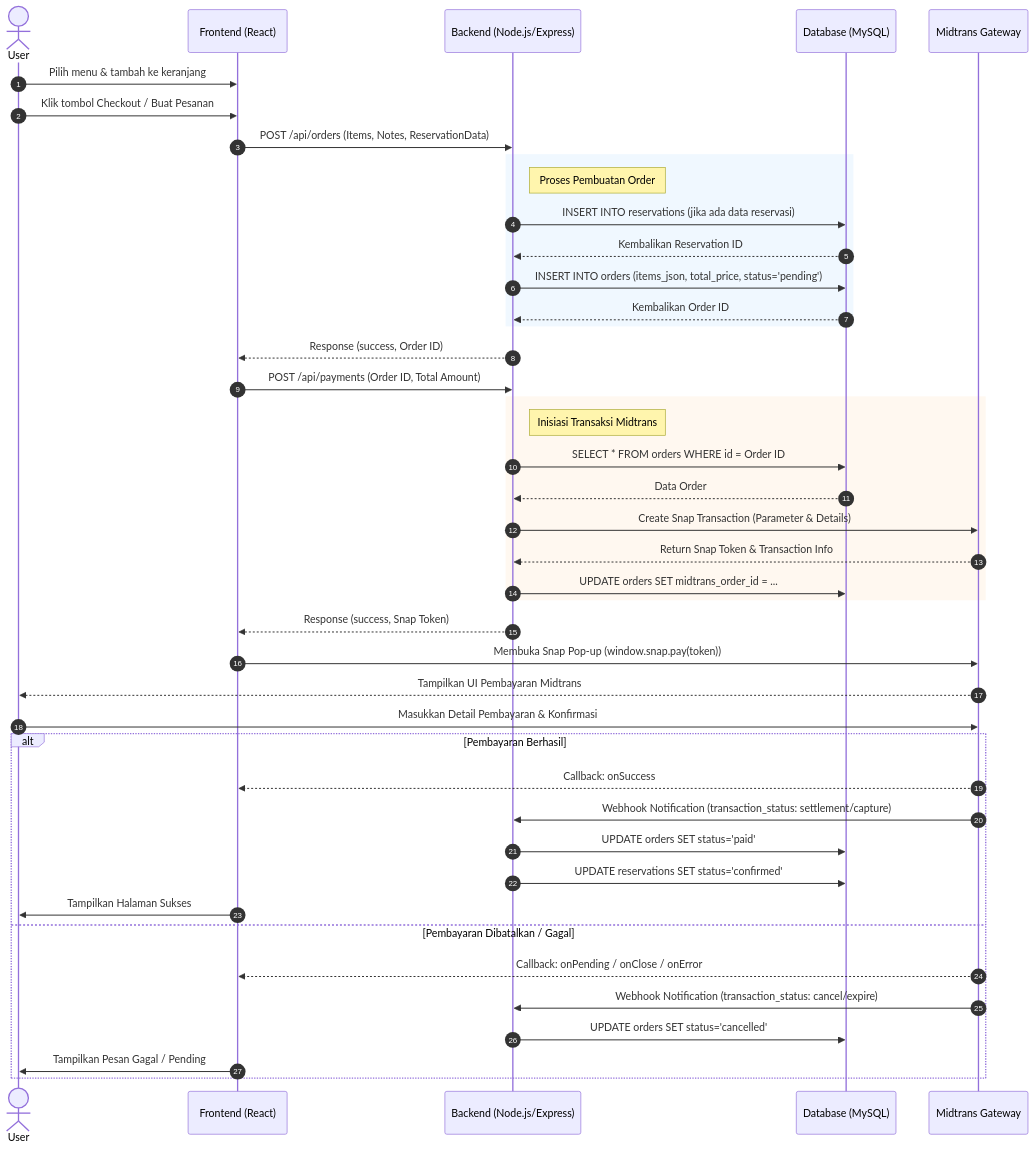
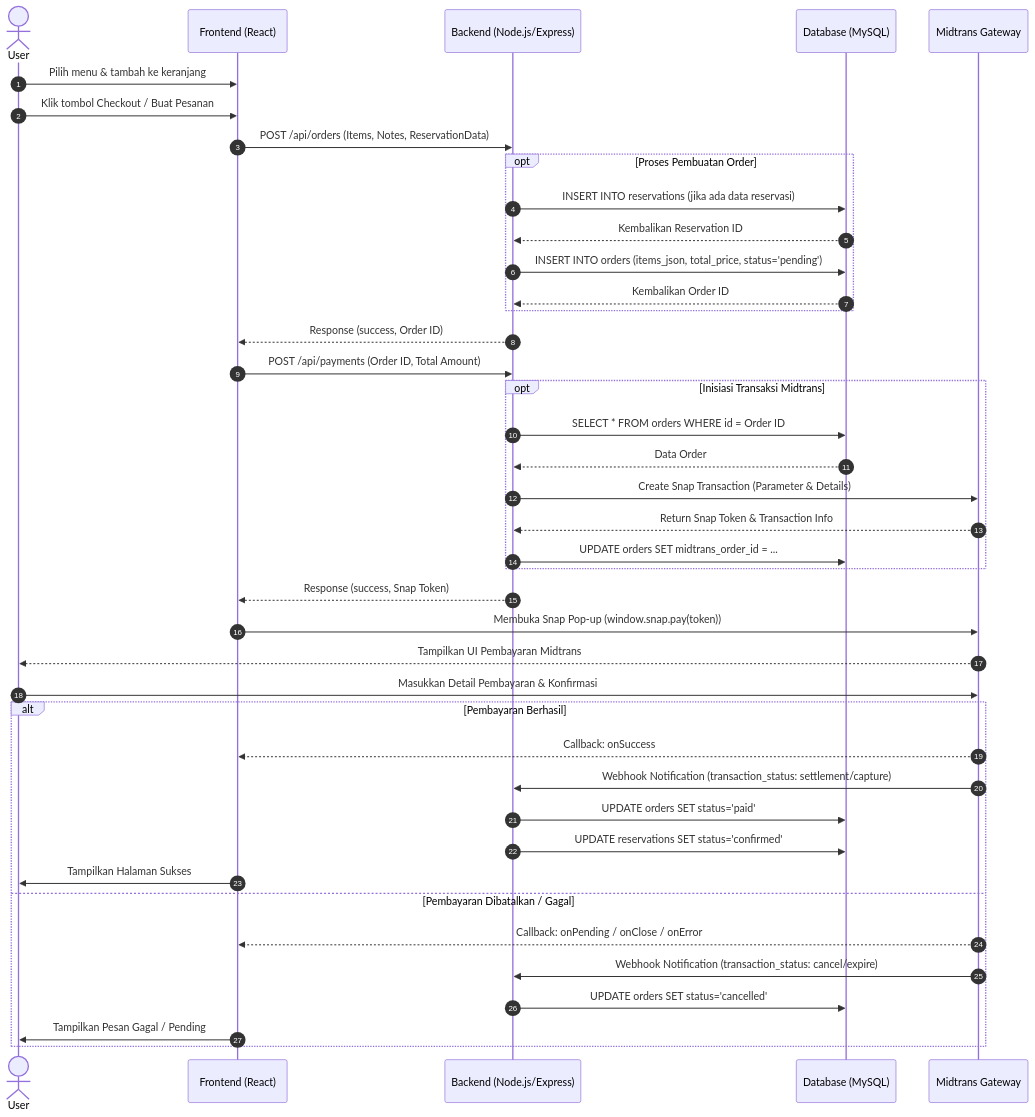
Before and after one commit to AkbarHusaini/website-reservasi-online-Ineri-suki: the diagram in SEQUENCE_DIAGRAM.md, drawn with Mermaid.

Commit message:
fix: change rect to opt for better dark mode compatibility

````diff
--- a/SEQUENCE_DIAGRAM.md
+++ b/SEQUENCE_DIAGRAM.md
@@ -5,53 +5,51 @@
 ```mermaid
 sequenceDiagram
     autonumber
     actor User
     participant Frontend as Frontend (React)
     participant Backend as Backend (Node.js/Express)
     participant DB as Database (MySQL)
     participant Midtrans as Midtrans Gateway
 
     User->>Frontend: Pilih menu & tambah ke keranjang
     User->>Frontend: Klik tombol Checkout / Buat Pesanan
     Frontend->>Backend: POST /api/orders (Items, Notes, ReservationData)
     
-    rect rgb(240, 248, 255)
-        note right of Backend: Proses Pembuatan Order
+    opt Proses Pembuatan Order
         Backend->>DB: INSERT INTO reservations (jika ada data reservasi)
         DB-->>Backend: Kembalikan Reservation ID
         Backend->>DB: INSERT INTO orders (items_json, total_price, status='pending')
         DB-->>Backend: Kembalikan Order ID
     end
     
     Backend-->>Frontend: Response (success, Order ID)
     
     Frontend->>Backend: POST /api/payments (Order ID, Total Amount)
     
-    rect rgb(255, 248, 240)
-        note right of Backend: Inisiasi Transaksi Midtrans
+    opt Inisiasi Transaksi Midtrans
         Backend->>DB: SELECT * FROM orders WHERE id = Order ID
         DB-->>Backend: Data Order
         Backend->>Midtrans: Create Snap Transaction (Parameter & Details)
         Midtrans-->>Backend: Return Snap Token & Transaction Info
         Backend->>DB: UPDATE orders SET midtrans_order_id = ...
     end
     
     Backend-->>Frontend: Response (success, Snap Token)
     
     Frontend->>Midtrans: Membuka Snap Pop-up (window.snap.pay(token))
     Midtrans-->>User: Tampilkan UI Pembayaran Midtrans
     User->>Midtrans: Masukkan Detail Pembayaran & Konfirmasi
     
     alt Pembayaran Berhasil
         Midtrans-->>Frontend: Callback: onSuccess
         Midtrans->>Backend: Webhook Notification (transaction_status: settlement/capture)
         Backend->>DB: UPDATE orders SET status='paid'
         Backend->>DB: UPDATE reservations SET status='confirmed'
         Frontend->>User: Tampilkan Halaman Sukses
     else Pembayaran Dibatalkan / Gagal
         Midtrans-->>Frontend: Callback: onPending / onClose / onError
         Midtrans->>Backend: Webhook Notification (transaction_status: cancel/expire)
         Backend->>DB: UPDATE orders SET status='cancelled'
         Frontend->>User: Tampilkan Pesan Gagal / Pending
     end
 ```
````
